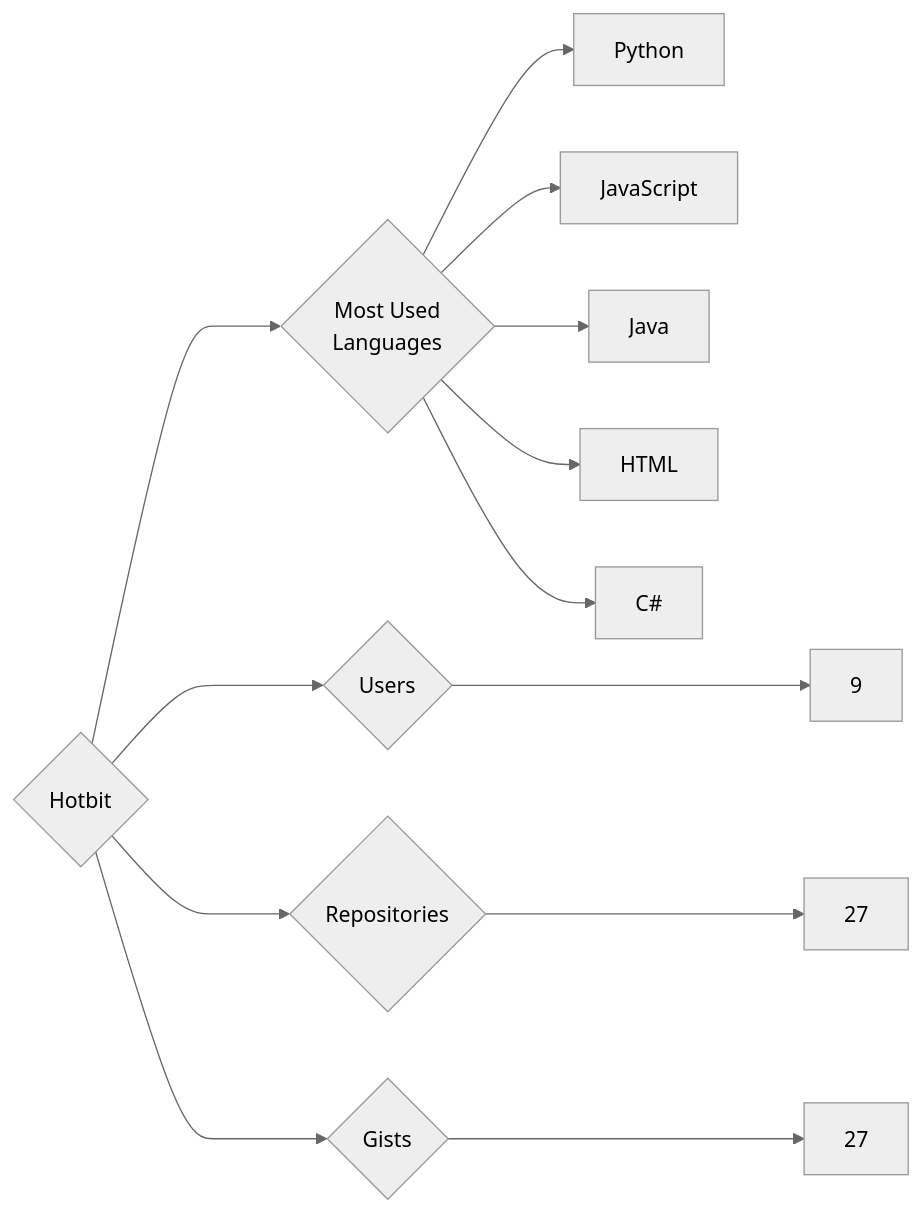
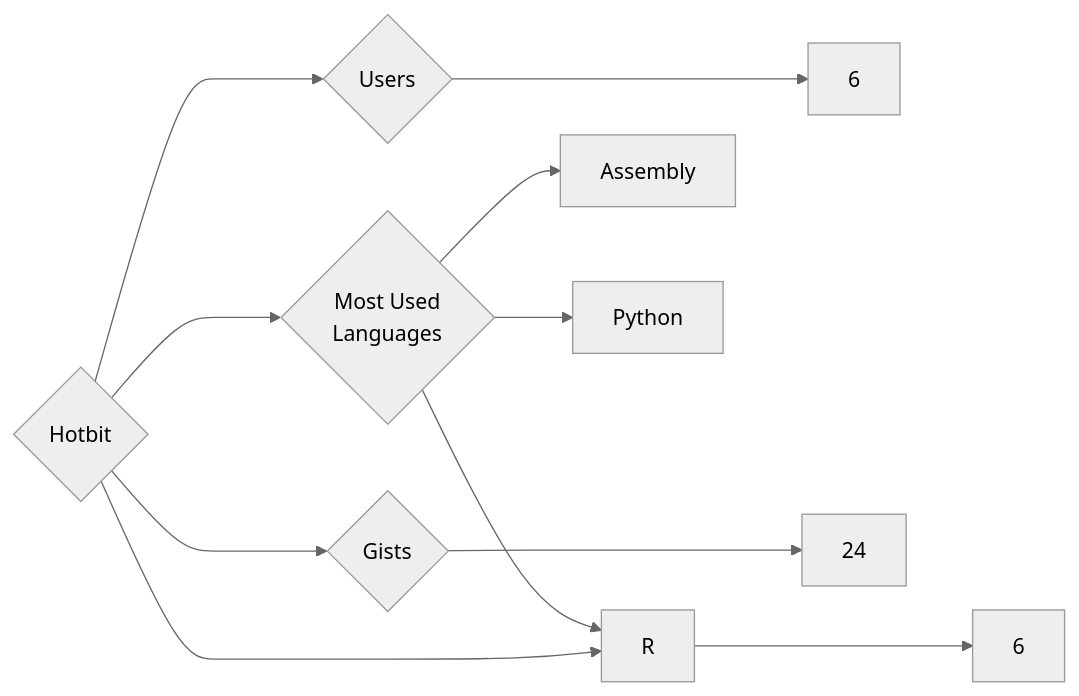
The diagram in targets/Hotbit/README.md (trickest/insiders), drawn with Mermaid (neutral theme) before and after one commit. The commit also changed 611 other files, not shown here.

````diff
--- a/targets/Hotbit/README.md
+++ b/targets/Hotbit/README.md
@@ -3,13 +3,11 @@
 ```mermaid
 graph LR
 COMPANY_NAME{Hotbit}
-COMPANY_NAME ---> U{Users} ---> UN[9]
-COMPANY_NAME ---> R{Repositories} ---> RN[27]
-COMPANY_NAME ---> G{Gists} ---> GN[27]
+COMPANY_NAME ---> U{Users} ---> UN[6]
+COMPANY_NAME ---> R{Repositories} ---> RN[6]
+COMPANY_NAME ---> G{Gists} ---> GN[24]
 COMPANY_NAME ---> ML{Most Used<br>Languages}
+ML --> Assembly[Assembly]
+ML --> R[R]
 ML --> Python[Python]
-ML --> JavaScript[JavaScript]
-ML --> Java[Java]
-ML --> HTML[HTML]
-ML --> C#[C#]
 ```
````
